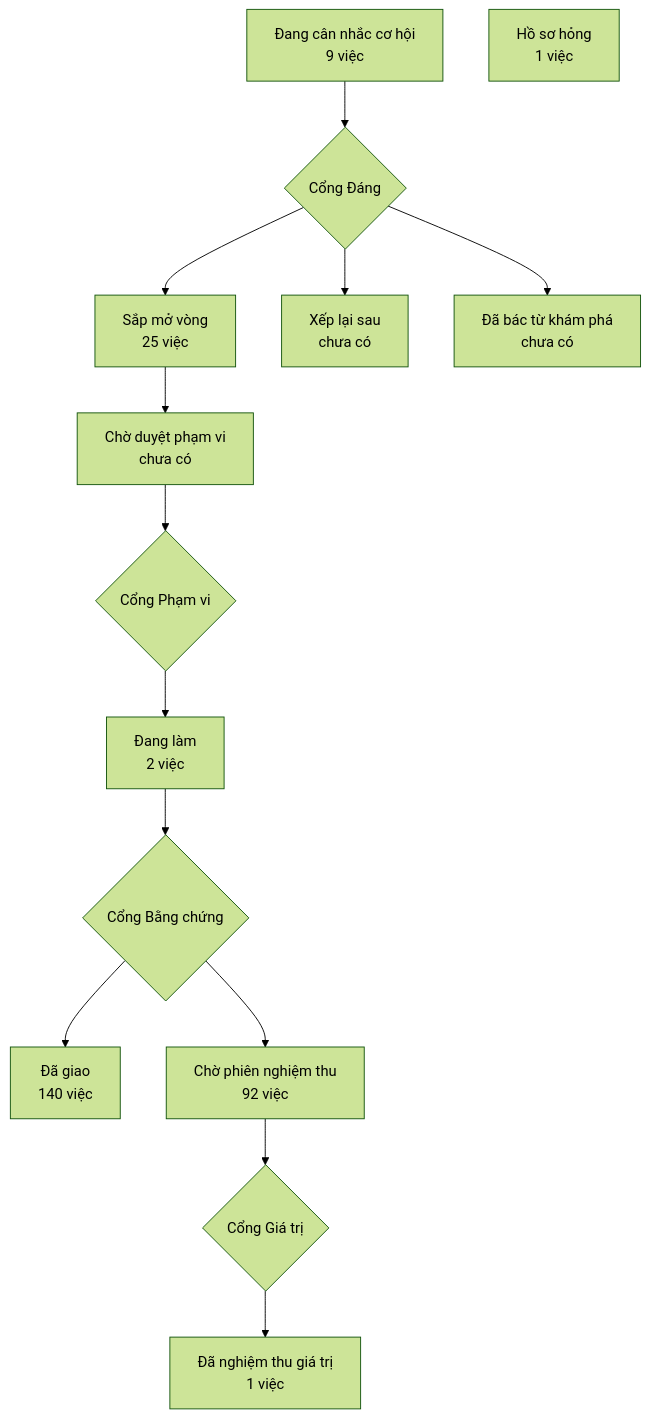
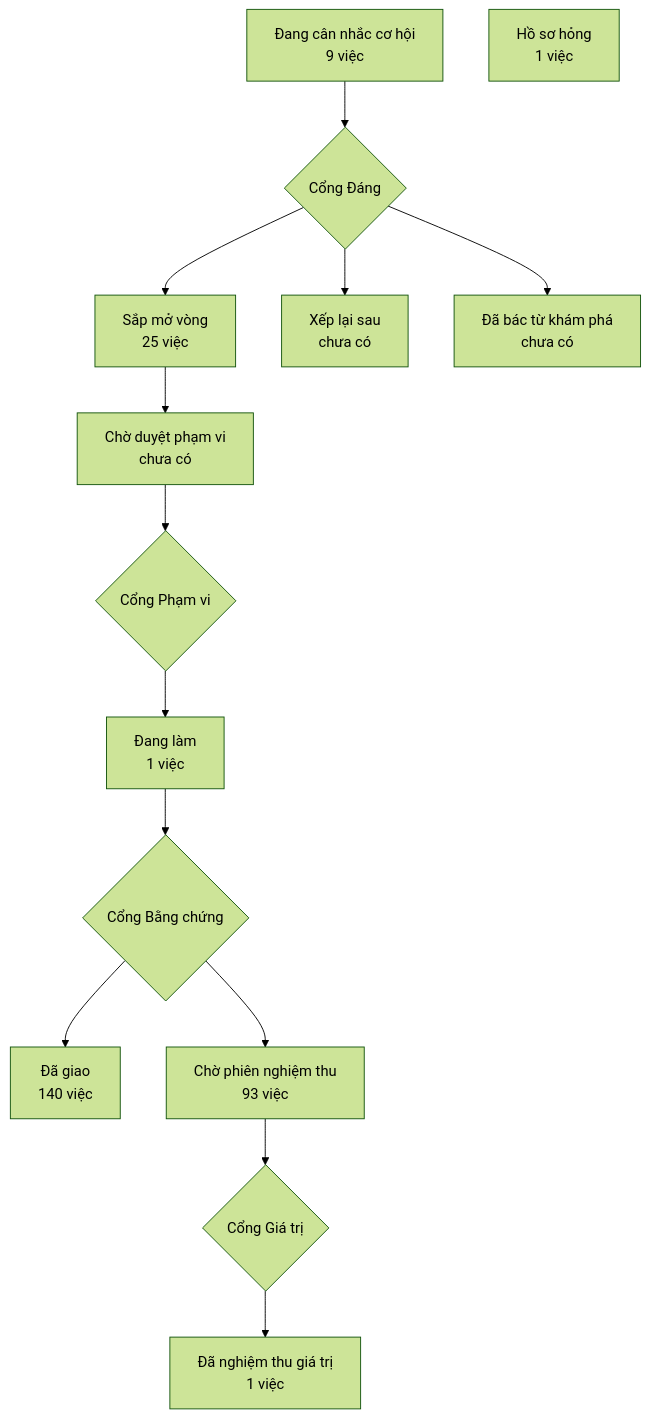
The diagram in PRODUCT-MAP.md (phanlemanh/crm-onehub), drawn with Mermaid (forest theme) before and after one commit. The commit also changed 4 other files, not shown here.

````diff
--- a/PRODUCT-MAP.md
+++ b/PRODUCT-MAP.md
@@ -7,13 +7,13 @@
 ```mermaid
 flowchart TD
   A["Đang cân nhắc cơ hội<br/>9 việc"] --> GD{"Cổng Đáng"}
   GD --> B["Sắp mở vòng<br/>25 việc"]
   GD --> XL["Xếp lại sau<br/>chưa có"]
   GD --> DB["Đã bác từ khám phá<br/>chưa có"]
   B --> CD["Chờ duyệt phạm vi<br/>chưa có"] --> GP{"Cổng Phạm vi"}
-  GP --> DL["Đang làm<br/>2 việc"] --> GB{"Cổng Bằng chứng"}
+  GP --> DL["Đang làm<br/>1 việc"] --> GB{"Cổng Bằng chứng"}
   GB --> DG["Đã giao<br/>140 việc"]
-  GB --> CN["Chờ phiên nghiệm thu<br/>92 việc"] --> GG{"Cổng Giá trị"}
+  GB --> CN["Chờ phiên nghiệm thu<br/>93 việc"] --> GG{"Cổng Giá trị"}
   GG --> NT["Đã nghiệm thu giá trị<br/>1 việc"]
   HS["Hồ sơ hỏng<br/>1 việc"]
 ```
````
